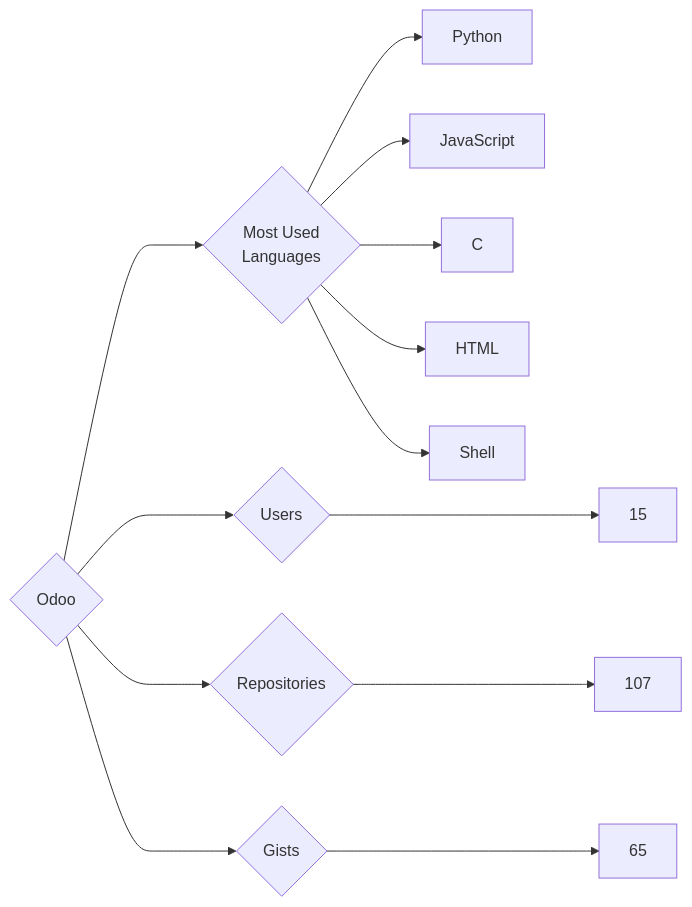
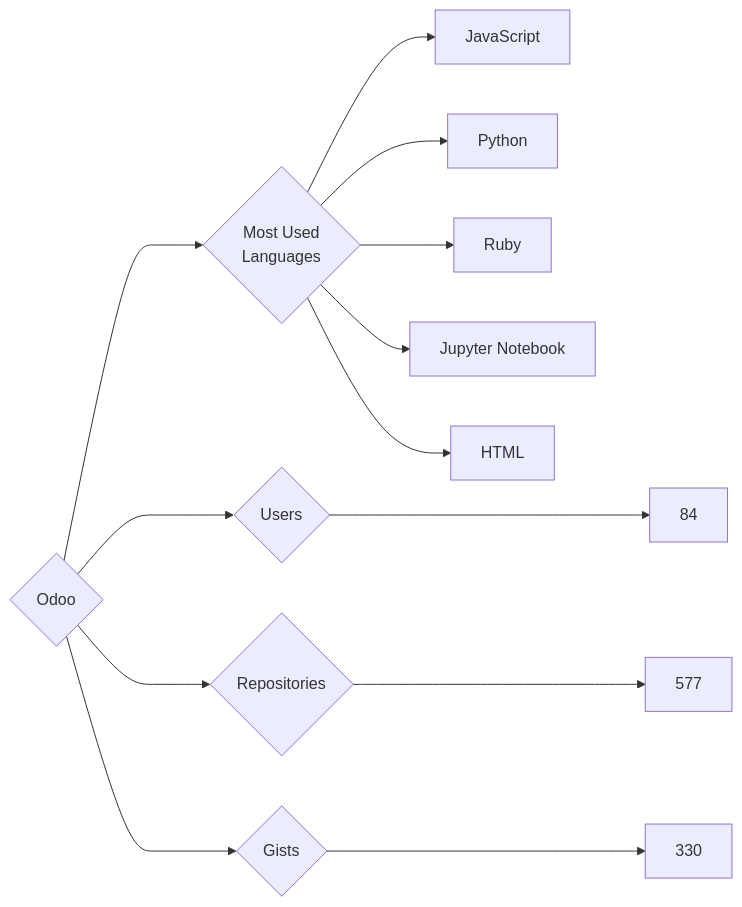
Before and after one commit to trickest/insiders: the diagram in targets/Odoo/README.md, drawn with Mermaid. The commit also changed 597 other files, not shown here.

````diff
--- a/targets/Odoo/README.md
+++ b/targets/Odoo/README.md
@@ -3,13 +3,13 @@
 ```mermaid
 graph LR
 COMPANY_NAME{Odoo}
-COMPANY_NAME ---> U{Users} ---> UN[15]
-COMPANY_NAME ---> R{Repositories} ---> RN[107]
-COMPANY_NAME ---> G{Gists} ---> GN[65]
+COMPANY_NAME ---> U{Users} ---> UN[84]
+COMPANY_NAME ---> R{Repositories} ---> RN[577]
+COMPANY_NAME ---> G{Gists} ---> GN[330]
 COMPANY_NAME ---> ML{Most Used<br>Languages}
+ML --> JavaScript[JavaScript]
 ML --> Python[Python]
-ML --> JavaScript[JavaScript]
-ML --> C[C]
+ML --> Ruby[Ruby]
+ML --> Jupyter_Notebook[Jupyter Notebook]
 ML --> HTML[HTML]
-ML --> Shell[Shell]
 ```
````
